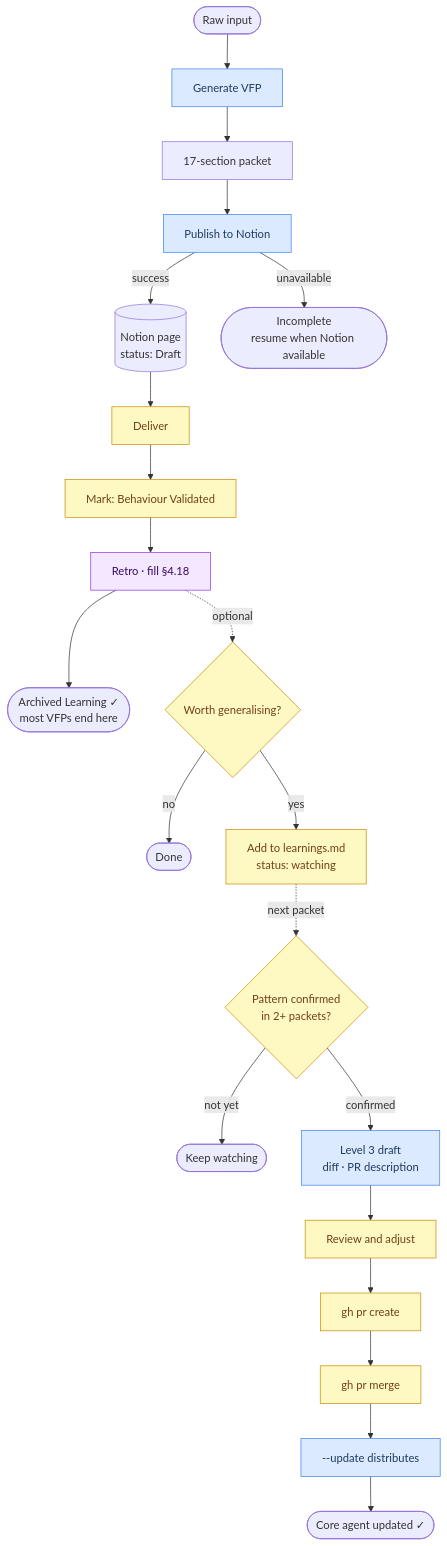
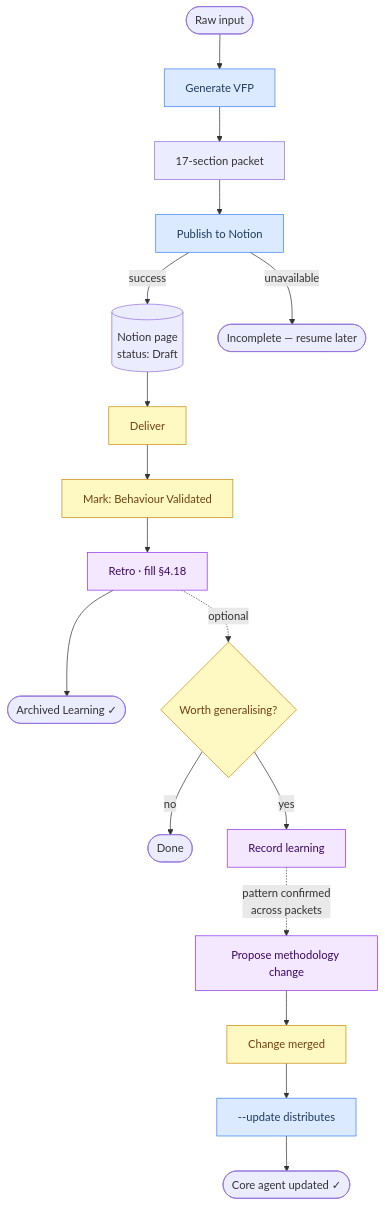
One commit to jgleal/vfp-agent changed the diagram in README.md. Above: the diagram before and after it, drawn with Mermaid.

Commit message:
docs: simplify flow diagram optional path
- Remove 'most VFPs end here' assumption
- Collapse watching/confirmed/keep-watching nodes into edge label
  'pattern confirmed across packets' — internals of learnings.md, not
  diagram-level concern
- Collapse gh pr create + gh pr merge into 'Change merged' — non-tech language
- 'Add to learnings.md' → 'Record learning' as collab (agent generates entry,
  human records it)
- 'Level 3 draft + Review' → 'Propose methodology change' as collab
- Net: optional path goes from 6 nodes + 2 dead ends to 3 nodes, cleaner read

````diff
--- a/README.md
+++ b/README.md
@@ -11,28 +11,24 @@
 ```mermaid
 flowchart TD
     A([Raw input]) --> B[Generate VFP]:::agent
     B --> C[17-section packet]
     C --> D[Publish to Notion]:::agent
     D -- success --> E[(Notion page\nstatus: Draft)]
-    D -- unavailable --> F([Incomplete\nresume when Notion available])
+    D -- unavailable --> F([Incomplete — resume later])
     E --> G[Deliver]:::human
     G --> H[Mark: Behaviour Validated]:::human
     H --> I[Retro · fill §4.18]:::collab
-    I --> J([Archived Learning ✓\nmost VFPs end here])
+    I --> J([Archived Learning ✓])
 
     I -.->|optional| K{Worth generalising?}:::human
     K -- no --> L([Done])
-    K -- yes --> M[Add to learnings.md\nstatus: watching]:::human
-    M -.->|next packet| N{Pattern confirmed\nin 2+ packets?}:::human
-    N -- not yet --> O([Keep watching])
-    N -- confirmed --> P[Level 3 draft\ndiff · PR description]:::agent
-    P --> Q[Review and adjust]:::human
-    Q --> R[gh pr create]:::human
-    R --> S[gh pr merge]:::human
-    S --> T[--update distributes]:::agent
-    T --> U([Core agent updated ✓])
+    K -- yes --> M[Record learning]:::collab
+    M -.->|pattern confirmed\nacross packets| P[Propose methodology change]:::collab
+    P --> Q[Change merged]:::human
+    Q --> R[--update distributes]:::agent
+    R --> S([Core agent updated ✓])
 
     classDef agent fill:#dbeafe,stroke:#3b82f6,color:#1e3a5f
     classDef human fill:#fef9c3,stroke:#ca8a04,color:#713f12
     classDef collab fill:#f3e8ff,stroke:#9333ea,color:#3b0764
 ```
````
